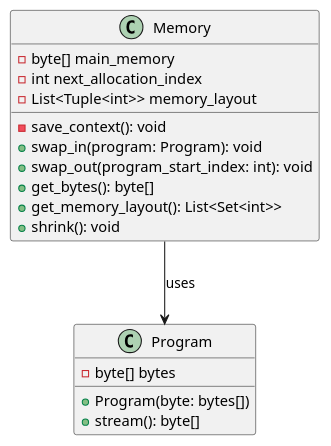
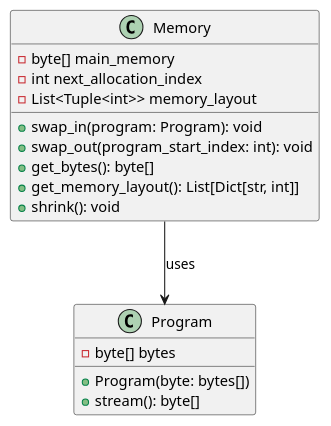
The diagram in schema.puml (Caue-Aron/MEMSIM), drawn with PlantUML before and after one commit. The commit also changed 5 other files, not shown here.

```diff
--- a/schema.puml
+++ b/schema.puml
@@ -1,23 +1,22 @@
 @startuml MEMSIM
 class Memory {
     - byte[] main_memory
     - int next_allocation_index
     - List<Tuple<int>> memory_layout
 
-    - save_context(): void
     + swap_in(program: Program): void
     + swap_out(program_start_index: int): void
     + get_bytes(): byte[]
-    + get_memory_layout(): List<Set<int>>
+    + get_memory_layout(): List[Dict[str, int]]
     + shrink(): void
 }
 
 class Program {
     - byte[] bytes
 
     + Program(byte: bytes[])
     + stream(): byte[]
 }
 
 Memory --> Program : uses
 @enduml
```
